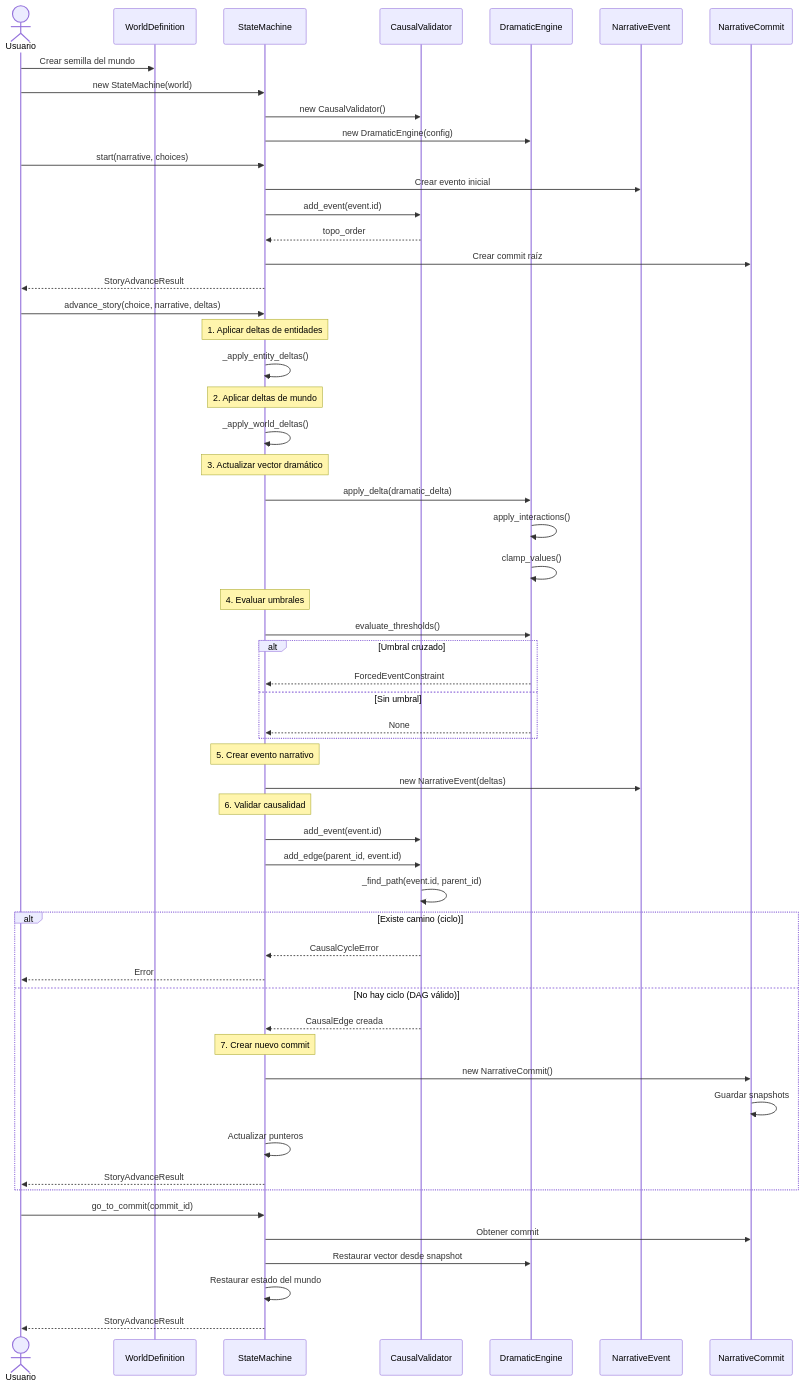
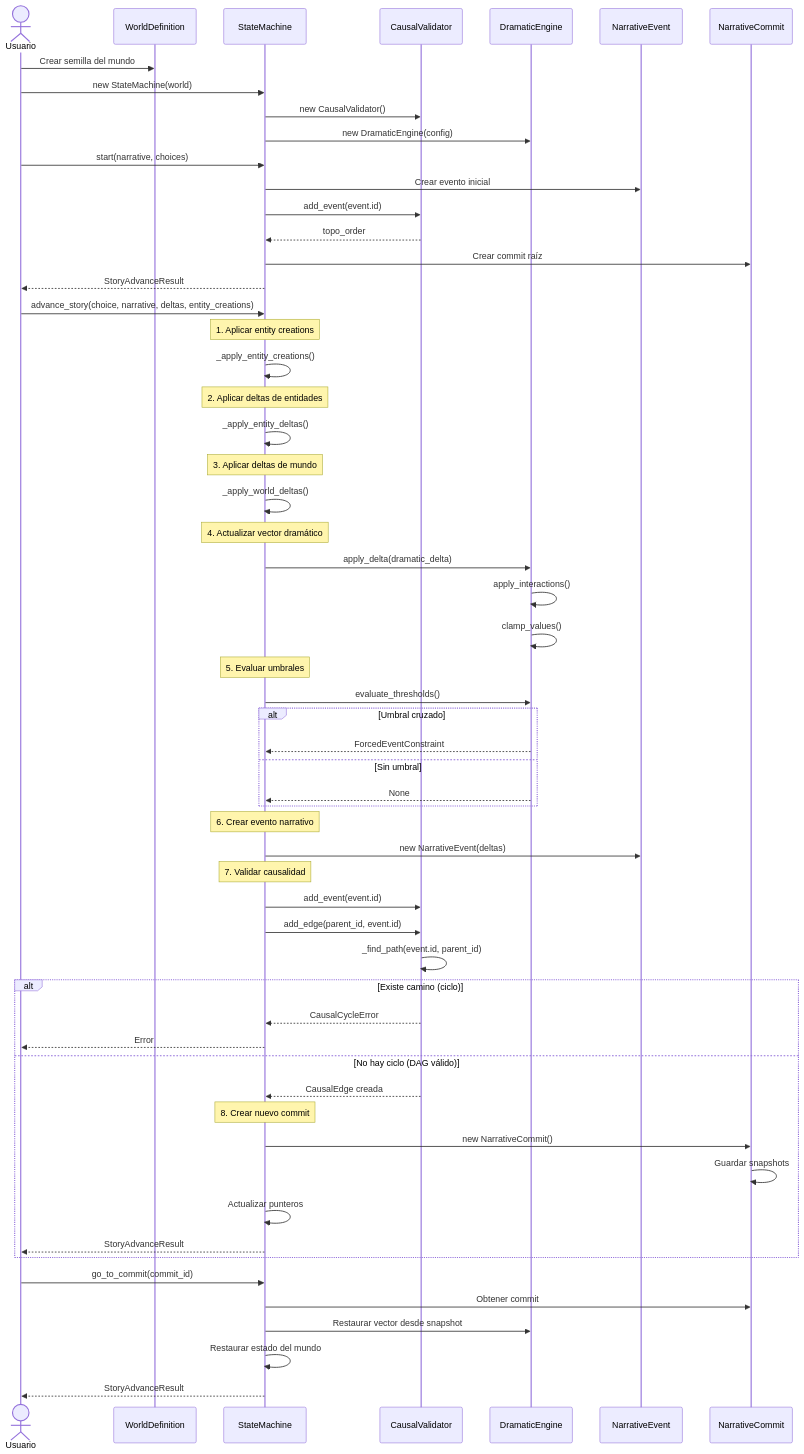
The third of 5 diagrams in docs/DIAGRAMA_FLUJO.md (Squisix/causal_narrative_engine), drawn with Mermaid before and after one commit. The commit also changed other lines of this file and 18 other files, not shown here.

````diff
--- a/docs/DIAGRAMA_FLUJO.md
+++ b/docs/DIAGRAMA_FLUJO.md
@@ -210,73 +214,76 @@
 ```mermaid
 sequenceDiagram
     actor Usuario
     participant WD as WorldDefinition
     participant SM as StateMachine
     participant CV as CausalValidator
     participant DE as DramaticEngine
     participant NE as NarrativeEvent
     participant NC as NarrativeCommit
 
     %% INICIO
     Usuario->>WD: Crear semilla del mundo
     Usuario->>SM: new StateMachine(world)
     SM->>CV: new CausalValidator()
     SM->>DE: new DramaticEngine(config)
 
     Usuario->>SM: start(narrative, choices)
     SM->>NE: Crear evento inicial
     SM->>CV: add_event(event.id)
     CV-->>SM: topo_order
     SM->>NC: Crear commit raíz
     SM-->>Usuario: StoryAdvanceResult
 
     %% DECISIÓN DEL JUGADOR
-    Usuario->>SM: advance_story(choice, narrative, deltas)
+    Usuario->>SM: advance_story(choice, narrative, deltas, entity_creations)
 
-    Note over SM: 1. Aplicar deltas de entidades
+    Note over SM: 1. Aplicar entity creations
+    SM->>SM: _apply_entity_creations()
+
+    Note over SM: 2. Aplicar deltas de entidades
     SM->>SM: _apply_entity_deltas()
 
-    Note over SM: 2. Aplicar deltas de mundo
+    Note over SM: 3. Aplicar deltas de mundo
     SM->>SM: _apply_world_deltas()
 
-    Note over SM: 3. Actualizar vector dramático
+    Note over SM: 4. Actualizar vector dramático
     SM->>DE: apply_delta(dramatic_delta)
     DE->>DE: apply_interactions()
     DE->>DE: clamp_values()
 
-    Note over SM: 4. Evaluar umbrales
+    Note over SM: 5. Evaluar umbrales
     SM->>DE: evaluate_thresholds()
     alt Umbral cruzado
         DE-->>SM: ForcedEventConstraint
     else Sin umbral
         DE-->>SM: None
     end
 
-    Note over SM: 5. Crear evento narrativo
+    Note over SM: 6. Crear evento narrativo
     SM->>NE: new NarrativeEvent(deltas)
 
-    Note over SM: 6. Validar causalidad
+    Note over SM: 7. Validar causalidad
     SM->>CV: add_event(event.id)
     SM->>CV: add_edge(parent_id, event.id)
 
     CV->>CV: _find_path(event.id, parent_id)
     alt Existe camino (ciclo)
         CV-->>SM: CausalCycleError
         SM-->>Usuario: Error
     else No hay ciclo (DAG válido)
         CV-->>SM: CausalEdge creada
 
-        Note over SM: 7. Crear nuevo commit
+        Note over SM: 8. Crear nuevo commit
         SM->>NC: new NarrativeCommit()
         NC->>NC: Guardar snapshots
         SM->>SM: Actualizar punteros
         SM-->>Usuario: StoryAdvanceResult
     end
 
     %% NAVEGACIÓN
     Usuario->>SM: go_to_commit(commit_id)
     SM->>NC: Obtener commit
     SM->>DE: Restaurar vector desde snapshot
     SM->>SM: Restaurar estado del mundo
     SM-->>Usuario: StoryAdvanceResult
 ```
````
